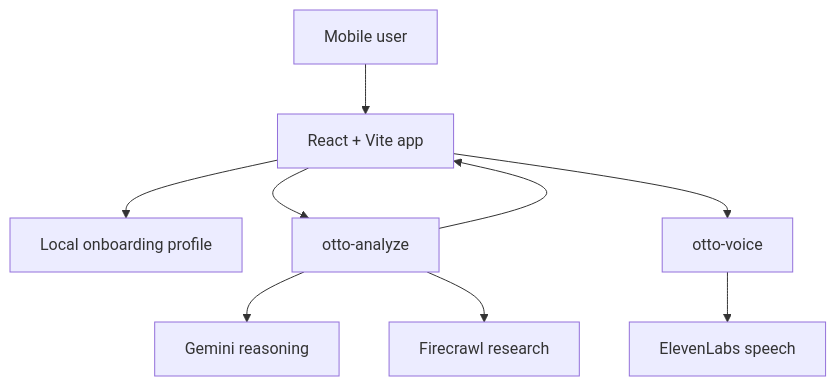
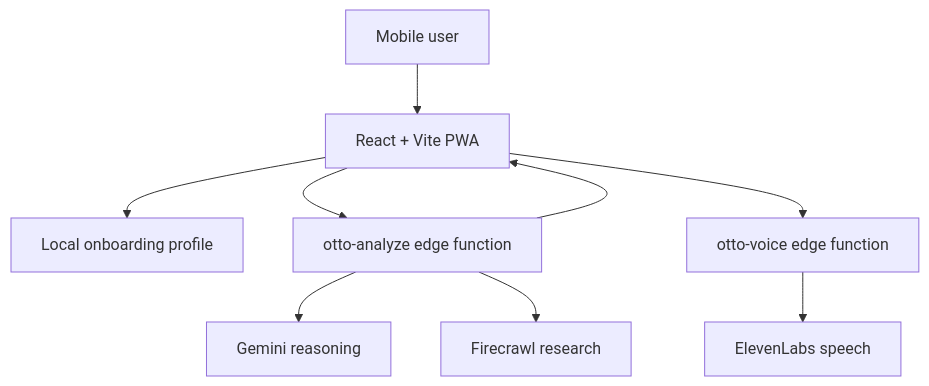
The diagram in README.md (Manoj7ar/Otto), drawn with Mermaid before and after one commit. The commit also changed other lines of this file and 10 other files, not shown here.

````diff
--- a/README.md
+++ b/README.md
@@ -64,11 +95,11 @@
 ```mermaid
 flowchart TD
-    A[Mobile user] --> B[React + Vite app]
+    A[Mobile user] --> B[React + Vite PWA]
     B --> C[Local onboarding profile]
-    B --> D[otto-analyze]
+    B --> D[otto-analyze edge function]
     D --> E[Gemini reasoning]
     D --> F[Firecrawl research]
     D --> B
-    B --> G[otto-voice]
+    B --> G[otto-voice edge function]
     G --> H[ElevenLabs speech]
 ```
````
